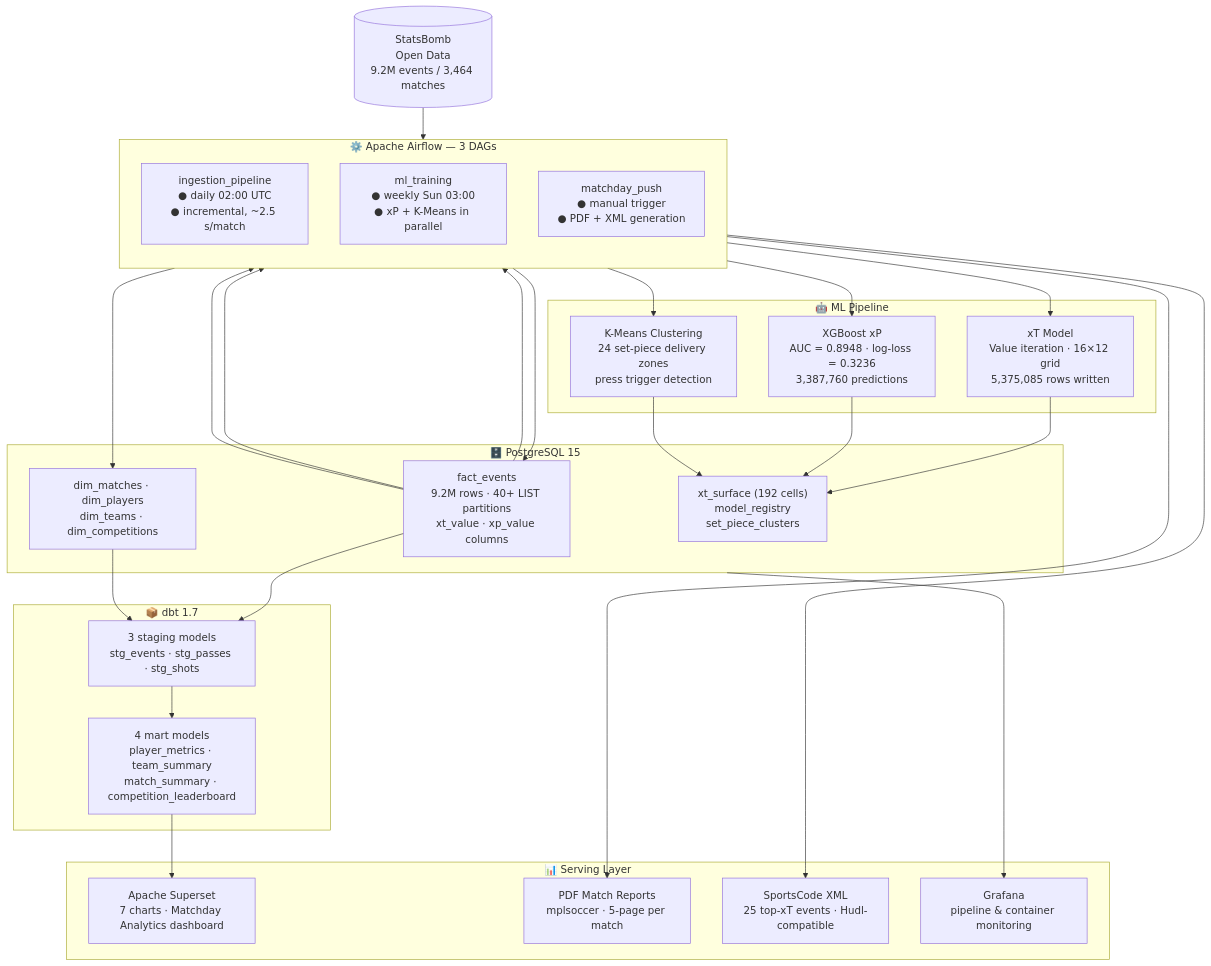
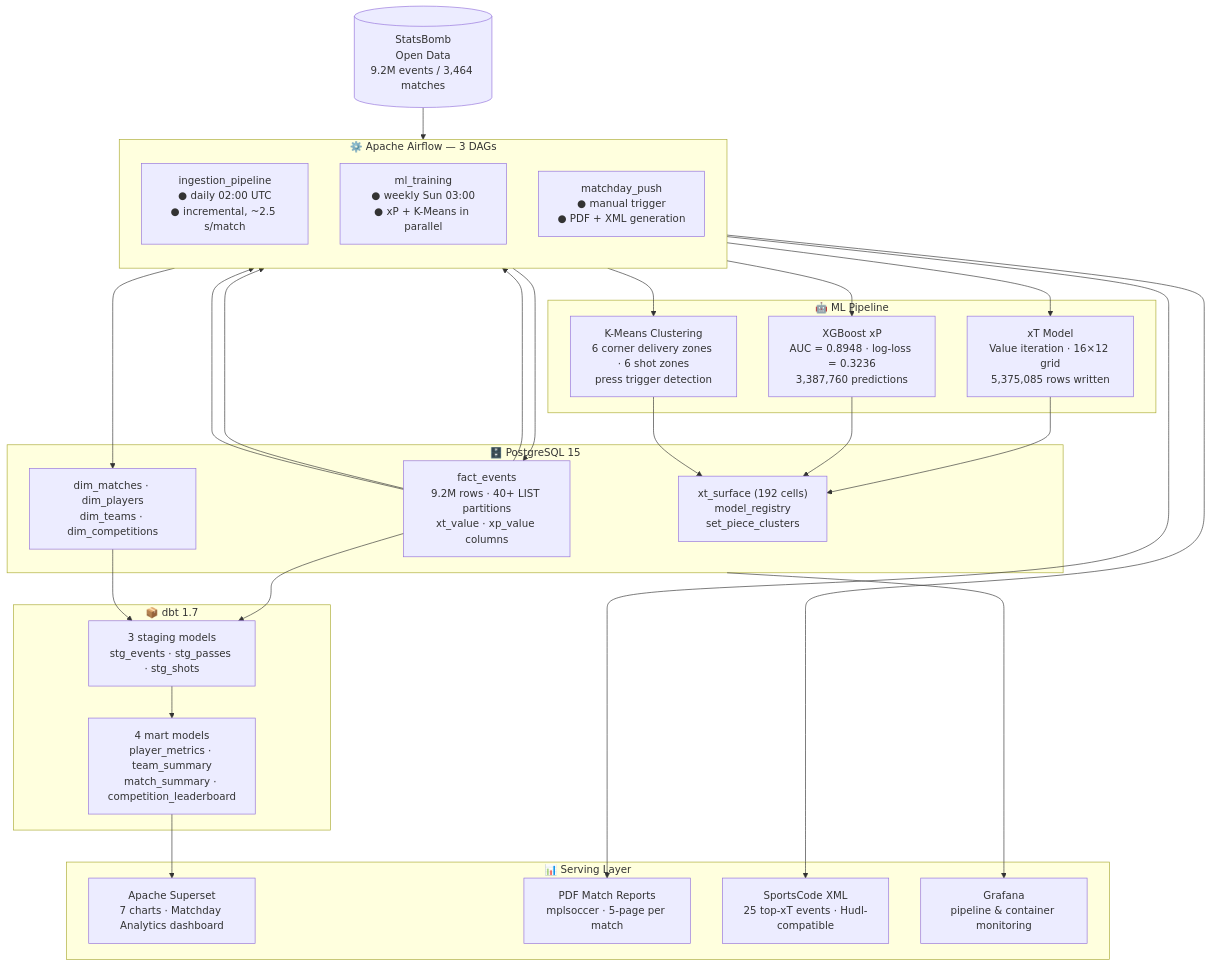
The diagram in README.md (bbasaranemir/xforge), drawn with Mermaid before and after one commit. The commit also changed other lines of this file, not shown here.

````diff
--- a/README.md
+++ b/README.md
@@ -18,46 +18,46 @@
 ```mermaid
 flowchart TD
     SB[("StatsBomb\nOpen Data\n9.2M events / 3,464 matches")]
 
     subgraph AIRFLOW["⚙️ Apache Airflow — 3 DAGs"]
         direction TB
         DAG1["ingestion_pipeline\n● daily 02:00 UTC\n● incremental, ~2.5 s/match"]
         DAG2["ml_training\n● weekly Sun 03:00\n● xP + K-Means in parallel"]
         DAG3["matchday_push\n● manual trigger\n● PDF + XML generation"]
     end
 
     subgraph PG["🗄️ PostgreSQL 15"]
         FACT["fact_events\n9.2M rows · 40+ LIST partitions\nxt_value · xp_value columns"]
         DIM["dim_matches · dim_players\ndim_teams · dim_competitions"]
         AUX["xt_surface (192 cells)\nmodel_registry\nset_piece_clusters"]
     end
 
     subgraph DBT["📦 dbt 1.7"]
         STG["3 staging models\nstg_events · stg_passes · stg_shots"]
         MART["4 mart models\nplayer_metrics · team_summary\nmatch_summary · competition_leaderboard"]
     end
 
     subgraph ML["🤖 ML Pipeline"]
         XT["xT Model\nValue iteration · 16×12 grid\n5,375,085 rows written"]
         XP["XGBoost xP\nAUC = 0.8948 · log-loss = 0.3236\n3,387,760 predictions"]
-        KM["K-Means Clustering\n24 set-piece delivery zones\npress trigger detection"]
+        KM["K-Means Clustering\n6 corner delivery zones · 6 shot zones\npress trigger detection"]
     end
 
     subgraph SERVE["📊 Serving Layer"]
         SS["Apache Superset\n7 charts · Matchday Analytics dashboard"]
         PDF["PDF Match Reports\nmplsoccer · 5-page per match"]
         XML["SportsCode XML\n25 top-xT events · Hudl-compatible"]
         GR["Grafana\npipeline & container monitoring"]
     end
 
     SB --> DAG1
     DAG1 --> FACT & DIM
     FACT --> DAG1
     FACT --> DAG2
     DAG2 --> XT & XP & KM
     XT & XP & KM --> AUX
     FACT & DIM --> STG --> MART
     MART --> SS
     FACT --> DAG3 --> PDF & XML
     PG --> GR
 ```
````
